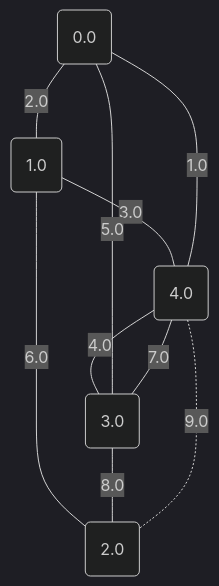
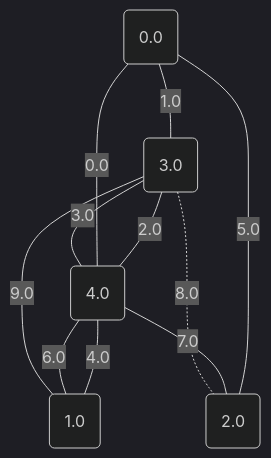
Diagram 12 of 17 in project/src/testing/showcase/minCutPetersen.md (metury/graphs), drawn with Mermaid (dark theme) before and after one commit. The commit also changed other lines of this file and 33 other files, not shown here.

````diff
--- a/project/src/testing/showcase/minCutPetersen.md
+++ b/project/src/testing/showcase/minCutPetersen.md
@@ -314,17 +314,18 @@
 ```mermaid
 graph TD;
 	0("0.0");
 	1("1.0");
 	2("2.0");
 	3("3.0");
 	4("4.0");
-	4 -- "1.0" --- 0;
-	0 -- "2.0" --- 1;
-	1 -- "3.0" --- 4;
-	4 -- "4.0" --- 3;
-	0 -- "5.0" --- 3;
-	1 -- "6.0" --- 2;
-	4 -- "7.0" --- 3;
-	3 -- "8.0" --- 2;
-	4 -. "9.0" -.- 2;
+	4 -- "0.0" --- 0;
+	0 -- "1.0" --- 3;
+	3 -- "2.0" --- 4;
+	4 -- "3.0" --- 3;
+	4 -- "4.0" --- 1;
+	0 -- "5.0" --- 2;
+	4 -- "6.0" --- 1;
+	4 -- "7.0" --- 2;
+	3 -. "8.0" -.- 2;
+	1 -- "9.0" --- 3;
 ```
````
